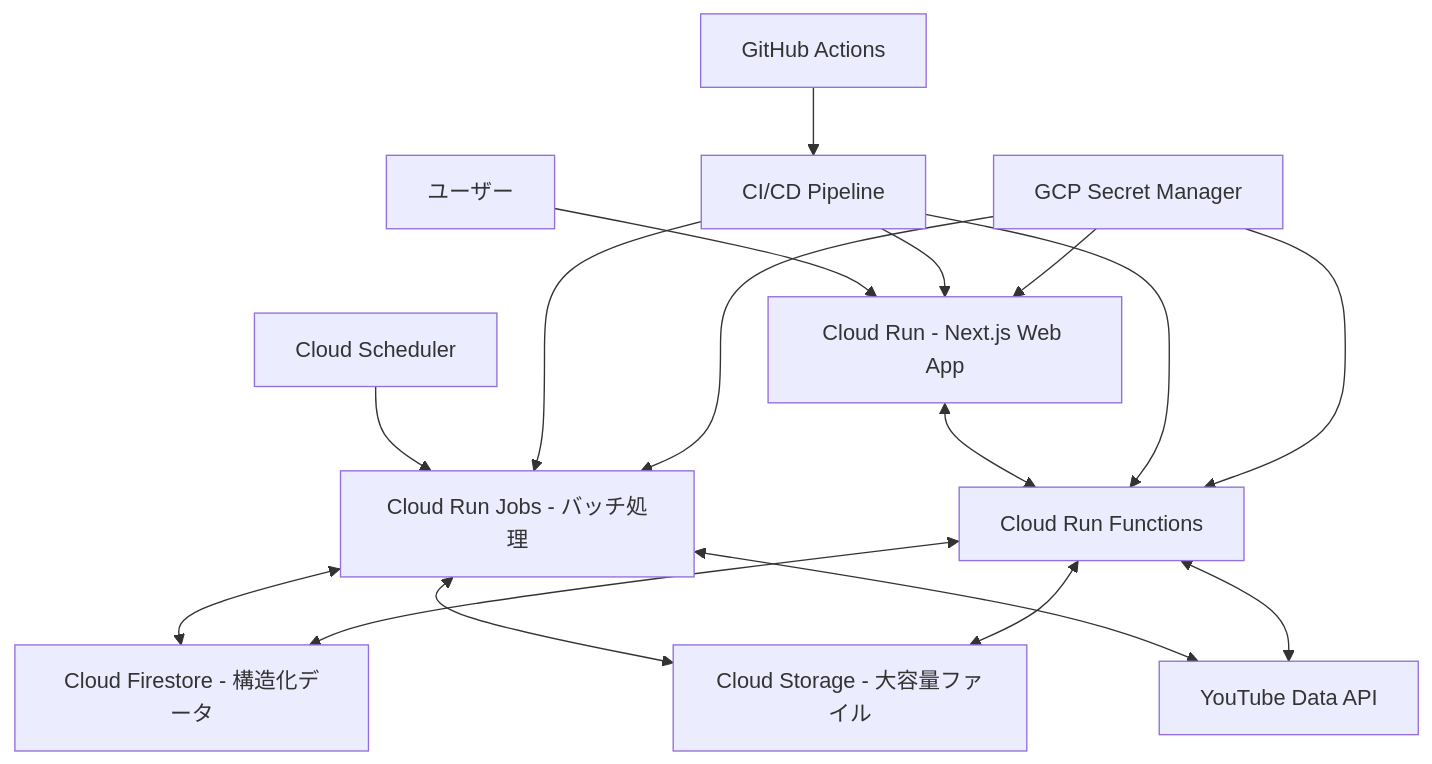
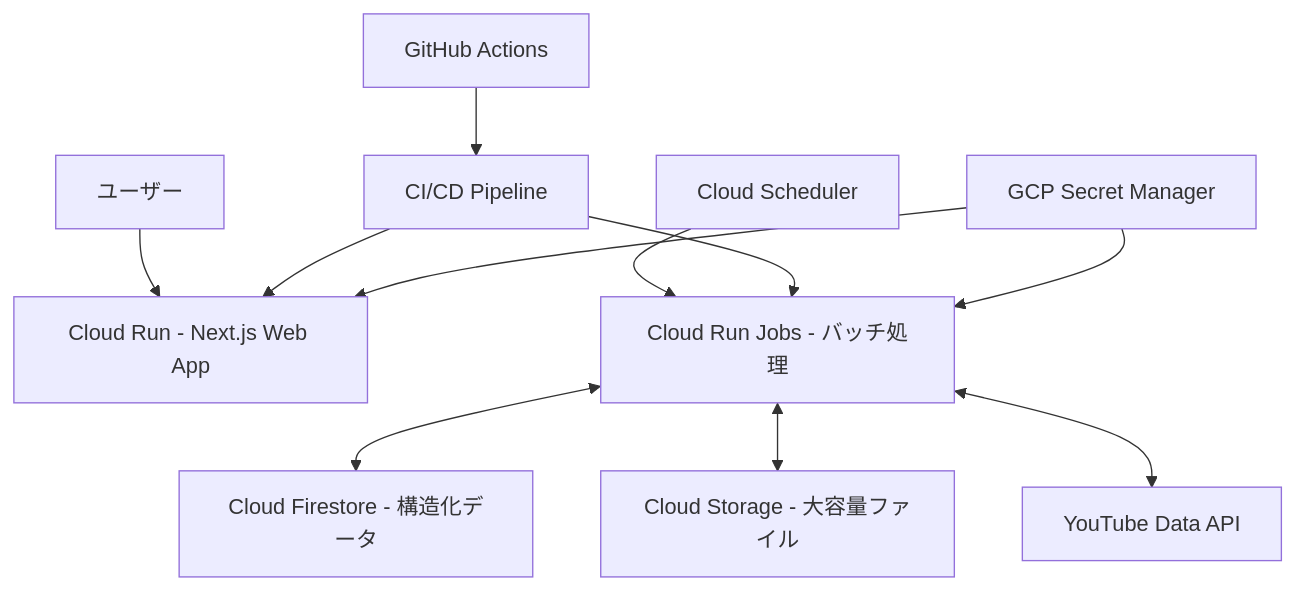
One commit to nothink-jp/suzumina.click changed the diagram in docs/gcp/GCP_DEPLOYMENT_DESIGN.md. Above: the diagram before and after it, drawn with Mermaid. The commit also changed other lines of this file and 23 other files, not shown here.

````diff
--- a/docs/gcp/GCP_DEPLOYMENT_DESIGN.md
+++ b/docs/gcp/GCP_DEPLOYMENT_DESIGN.md
@@ -5,19 +5,13 @@
 ```mermaid
 flowchart TD
     A["ユーザー"] --> B["Cloud Run - Next.js Web App"]
-    B <--> C["Cloud Run Functions - APIエンドポイント"]
     D["Cloud Scheduler"] --> E["Cloud Run Jobs - バッチ処理"]
     E <--> F["Cloud Firestore - 構造化データ"]
-    C <--> F
     E <--> J["Cloud Storage - 大容量ファイル"]
-    C <--> J
     E <--> K["YouTube Data API"]
-    C <--> K
     G["GitHub Actions"] --> H["CI/CD Pipeline"]
     H --> B
-    H --> C["Cloud Run Functions"]
     H --> E
     I["GCP Secret Manager"] --> B
-    I --> C["Cloud Run Functions"]
     I --> E
 ```
````
